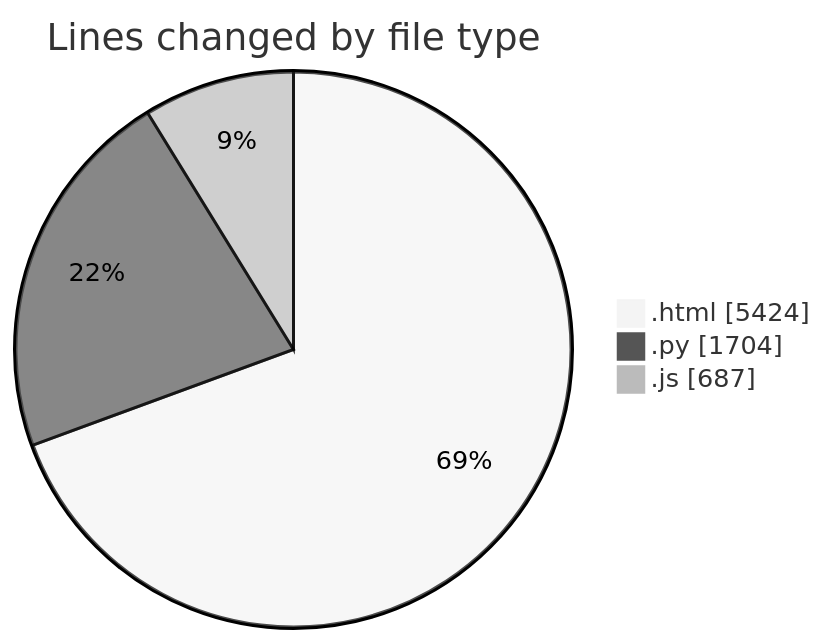
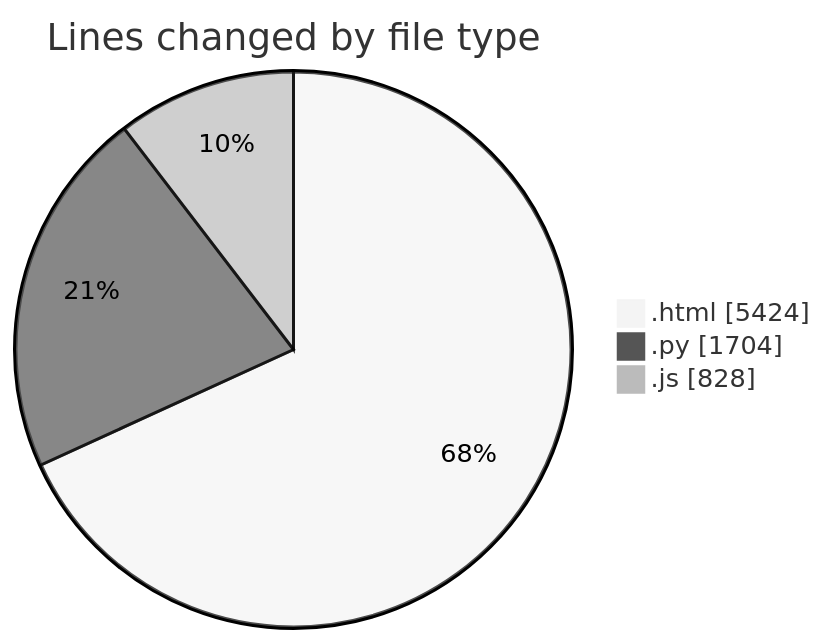
Before and after one commit to shibass792/code-tracking: the first of 2 diagrams in 2026-07-12/untitled__workspace_/README.md, drawn with Mermaid (neutral theme). The commit also changed other lines of this file and 1 other file, not shown here.

````diff
--- a/2026-07-12/untitled__workspace_/README.md
+++ b/2026-07-12/untitled__workspace_/README.md
@@ -24,7 +24,7 @@
 ```mermaid
 pie showData
 title Lines changed by file type
 ".html" : 5424
 ".py" : 1704
-".js" : 687
+".js" : 828
 ```
````
